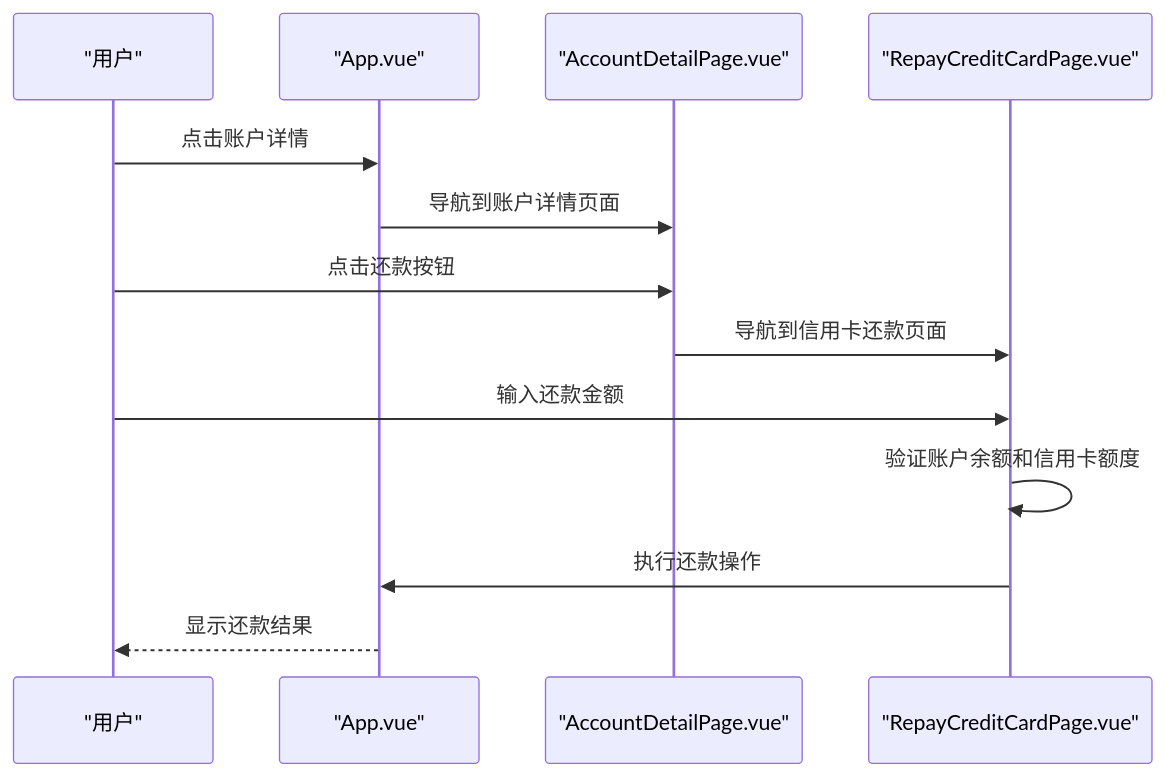
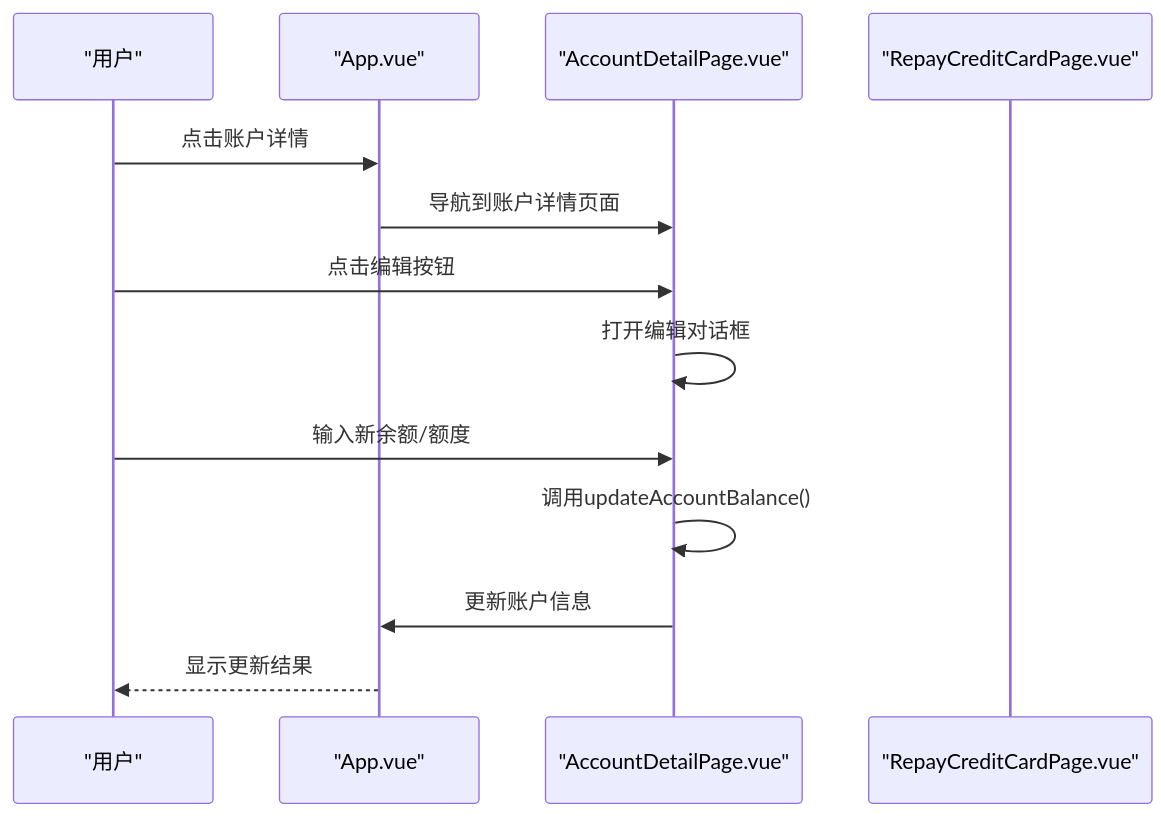
One commit to xiao-lin-unit/yuan changed the tenth of 12 diagrams in .qoder/repowiki/zh/content/账户管理/账户管理.md. Above: the diagram before and after it, drawn with Mermaid. The commit also changed other lines of this file and 9 other files, not shown here.

````diff
--- a/.qoder/repowiki/zh/content/账户管理/账户管理.md
+++ b/.qoder/repowiki/zh/content/账户管理/账户管理.md
@@ -381,15 +392,15 @@
 ```mermaid
 sequenceDiagram
 participant U as "用户"
 participant A as "App.vue"
 participant D as "AccountDetailPage.vue"
 participant R as "RepayCreditCardPage.vue"
 U->>A : 点击账户详情
 A->>D : 导航到账户详情页面
-U->>D : 点击还款按钮
-D->>R : 导航到信用卡还款页面
-U->>R : 输入还款金额
-R->>R : 验证账户余额和信用卡额度
-R->>A : 执行还款操作
-A-->>U : 显示还款结果
+U->>D : 点击编辑按钮
+D->>D : 打开编辑对话框
+U->>D : 输入新余额/额度
+D->>D : 调用updateAccountBalance()
+D->>A : 更新账户信息
+A-->>U : 显示更新结果
 ```
````
